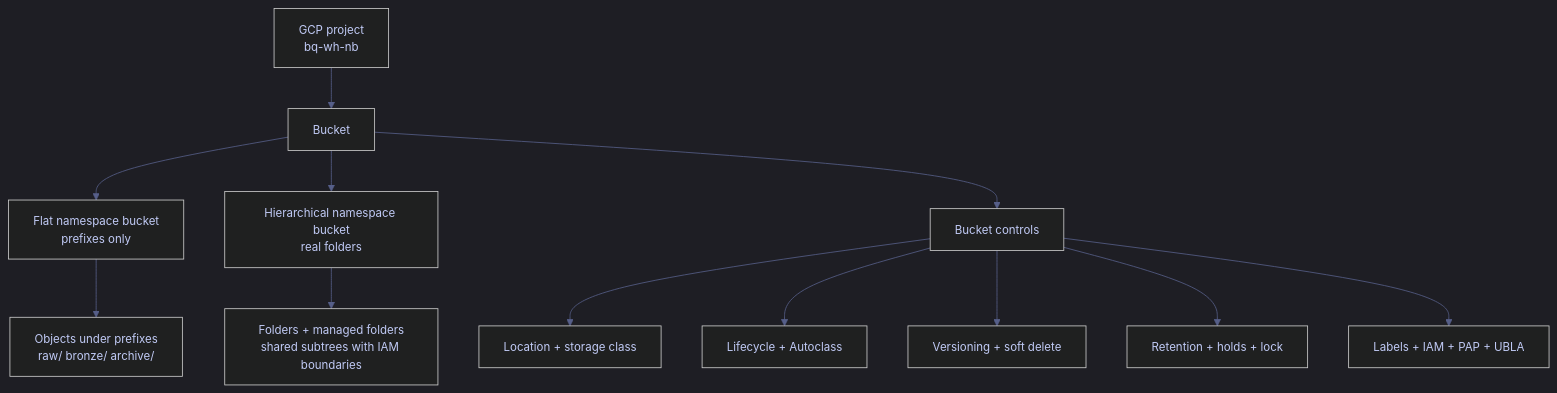
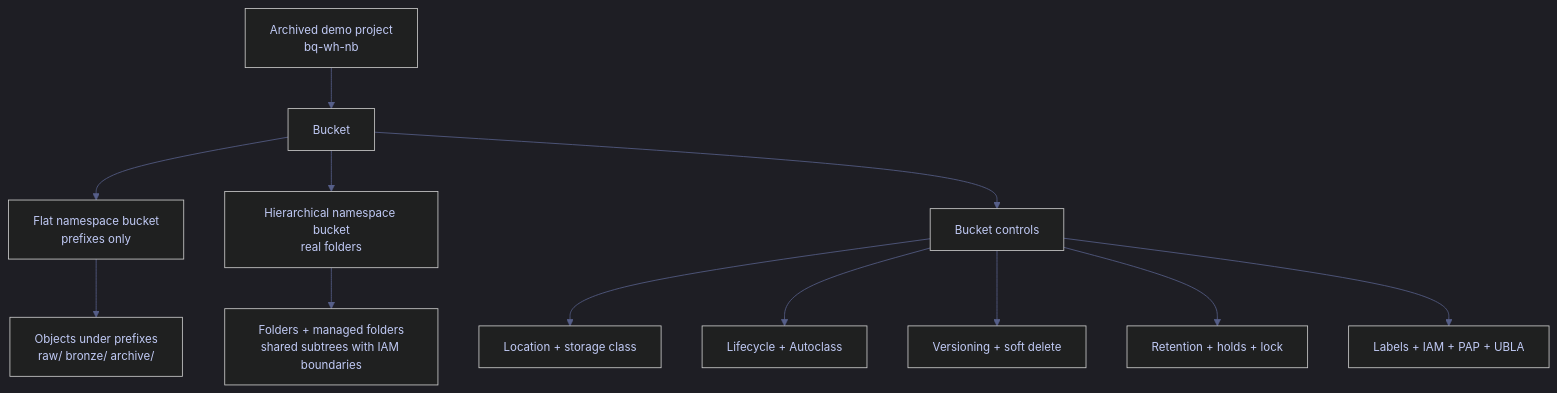
One commit to alp78/elysium changed the diagram in content/06-GCP/05-Storage/01-gcs-buckets-and-lifecycle.md. Above: the diagram before and after it, drawn with Mermaid. The commit also changed other lines of this file and 96 other files, not shown here.

````diff
--- a/content/06-GCP/05-Storage/01-gcs-buckets-and-lifecycle.md
+++ b/content/06-GCP/05-Storage/01-gcs-buckets-and-lifecycle.md
@@ -268,26 +282,26 @@
 ```mermaid
 %%{init: {'theme': 'dark', 'themeVariables': {
   'primaryColor': '#292e42',
   'primaryTextColor': '#c0caf5',
   'primaryBorderColor': '#565f89',
   'lineColor': '#565f89',
   'secondaryColor': '#1a1b26',
   'tertiaryColor': '#24283b',
   'noteTextColor': '#c0caf5',
   'noteBkgColor': '#292e42',
   'textColor': '#c0caf5',
   'fontSize': '14px'
 }}}%%
 flowchart TD
-    A["GCP project<br/>bq-wh-nb"] --> B["Bucket"]
+    A["Archived demo project<br/>bq-wh-nb"] --> B["Bucket"]
     B --> C["Flat namespace bucket<br/>prefixes only"]
     B --> D["Hierarchical namespace bucket<br/>real folders"]
     C --> E["Objects under prefixes<br/>raw/ bronze/ archive/"]
     D --> F["Folders + managed folders<br/>shared subtrees with IAM boundaries"]
     B --> G["Bucket controls"]
     G --> H["Location + storage class"]
     G --> I["Lifecycle + Autoclass"]
     G --> J["Versioning + soft delete"]
     G --> K["Retention + holds + lock"]
     G --> L["Labels + IAM + PAP + UBLA"]
 ```
````
